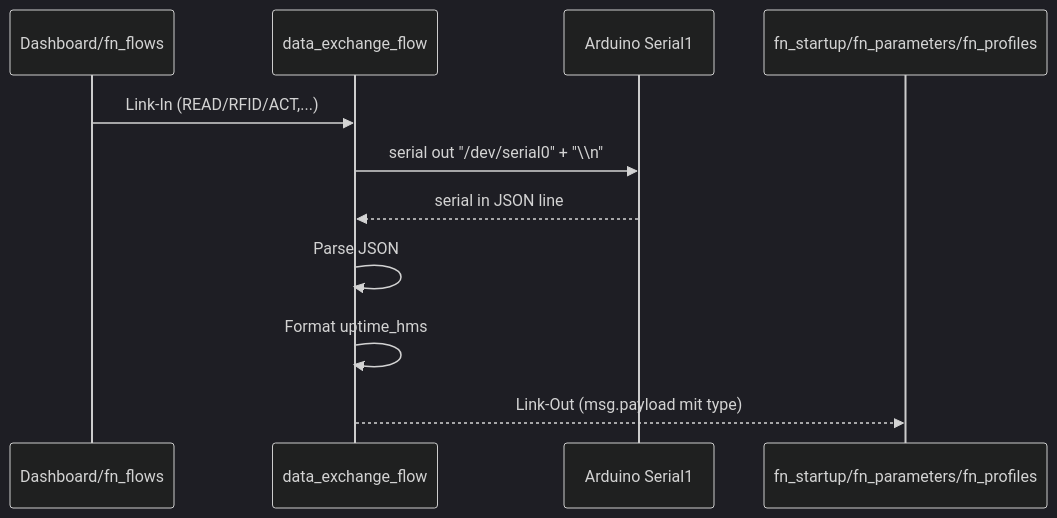
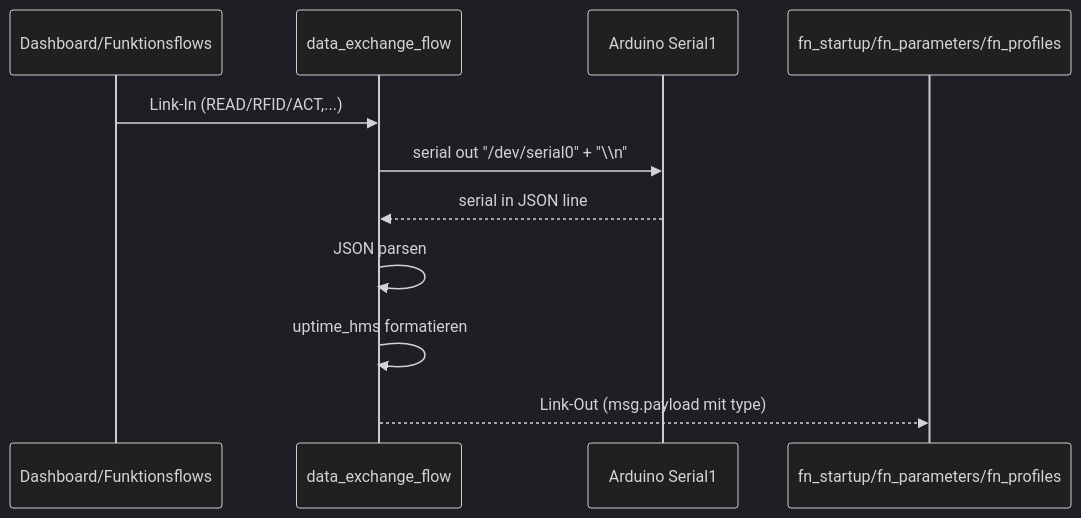
The sixth of 13 diagrams in nodered/flows/FLOW_ARCHITEKTUR_PLAN.md (HerrnDK/Projekt), drawn with Mermaid (dark theme) before and after one commit. The commit also changed other lines of this file and 11 other files, not shown here.

````diff
--- a/nodered/flows/FLOW_ARCHITEKTUR_PLAN.md
+++ b/nodered/flows/FLOW_ARCHITEKTUR_PLAN.md
@@ -142,14 +142,14 @@
 ```mermaid
 sequenceDiagram
-  participant Src as Dashboard/fn_flows
+  participant Src as Dashboard/Funktionsflows
   participant X as data_exchange_flow
   participant A as Arduino Serial1
   participant Fn as fn_startup/fn_parameters/fn_profiles
 
   Src->>X: Link-In (READ/RFID/ACT,...)
   X->>A: serial out "/dev/serial0" + "\\n"
   A-->>X: serial in JSON line
-  X->>X: Parse JSON
-  X->>X: Format uptime_hms
+  X->>X: JSON parsen
+  X->>X: uptime_hms formatieren
   X-->>Fn: Link-Out (msg.payload mit type)
 ```
````
